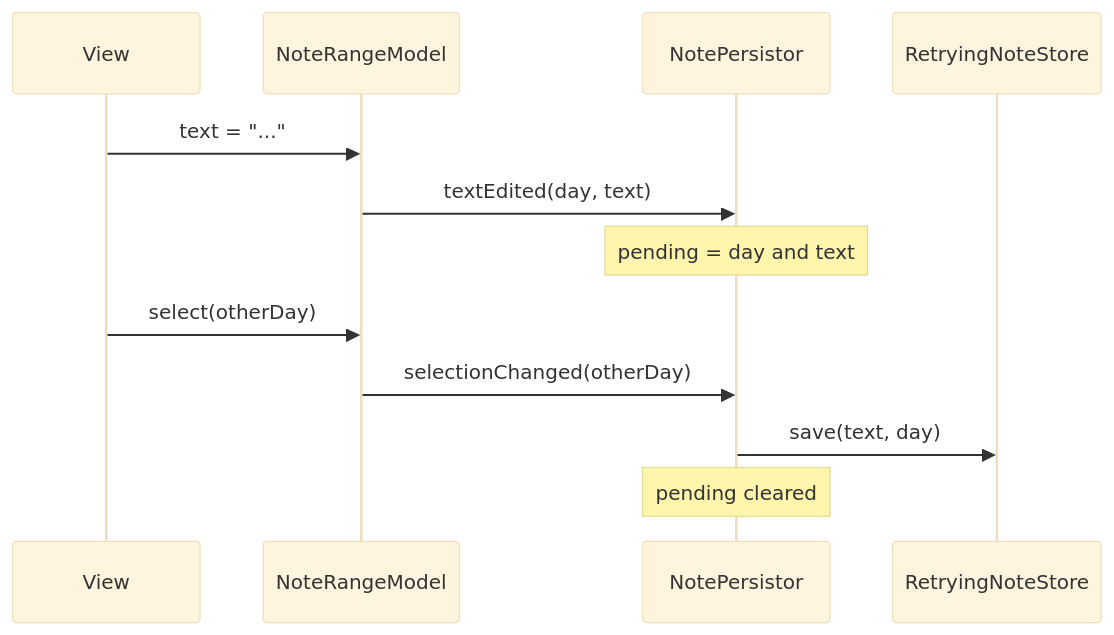
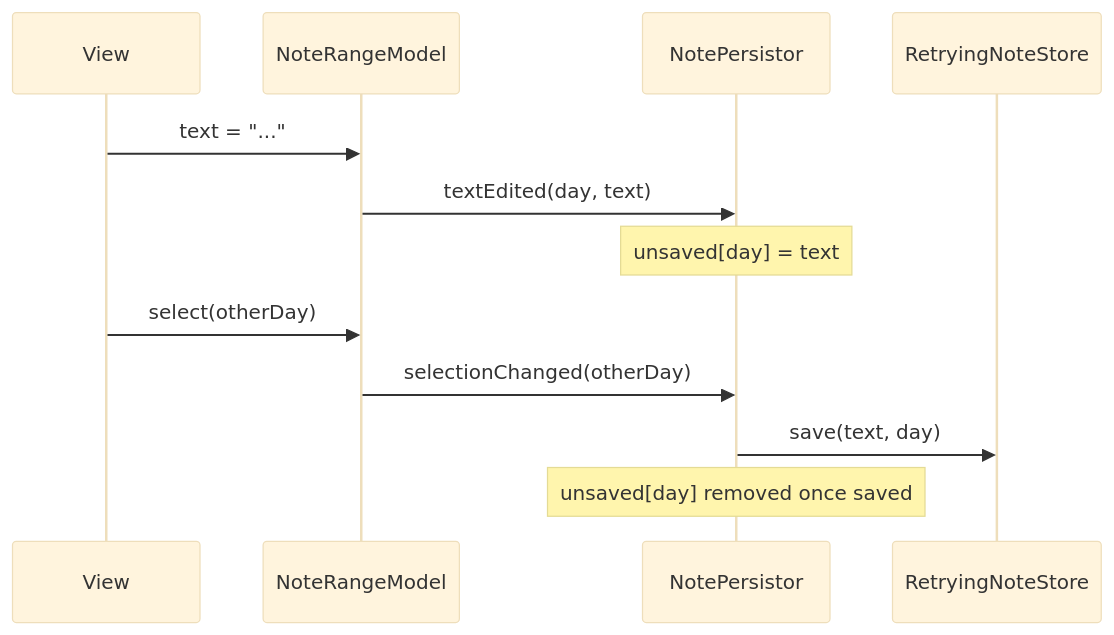
The fourth of 6 diagrams in docs/ARCHITECTURE.md (rockem/everline), drawn with Mermaid (base theme) before and after one commit. The commit also changed other lines of this file and 5 other files, not shown here.

````diff
--- a/docs/ARCHITECTURE.md
+++ b/docs/ARCHITECTURE.md
@@ -117,15 +117,15 @@
 ```mermaid
 sequenceDiagram
     participant V as View
     participant M as NoteRangeModel
     participant P as NotePersistor
     participant R as RetryingNoteStore
 
     V->>M: text = "..."
     M->>P: textEdited(day, text)
-    Note over P: pending = day and text
+    Note over P: unsaved[day] = text
     V->>M: select(otherDay)
     M->>P: selectionChanged(otherDay)
     P->>R: save(text, day)
-    Note over P: pending cleared
+    Note over P: unsaved[day] removed once saved
 ```
````
